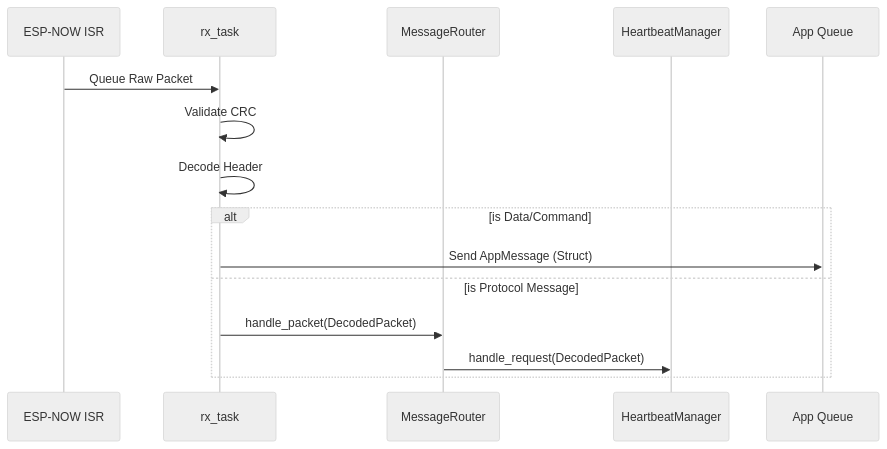
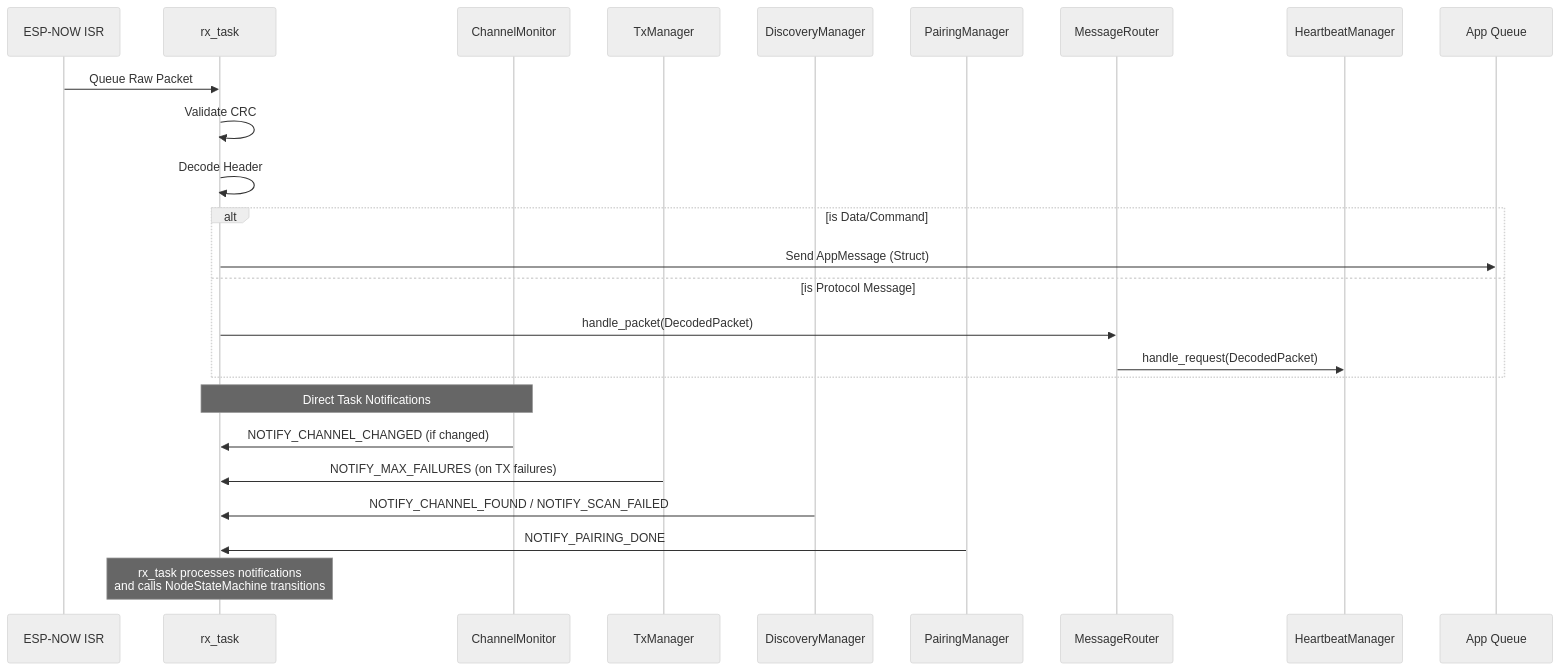
Before and after one commit to aluiziotomazelli/espnow_manager: the second of 4 diagrams in DESIGN.md, drawn with Mermaid (neutral theme). The commit also changed other lines of this file and 1 other file, not shown here.

First line of the commit message:
docs: document automatic WiFi channel (channel 0) for peers

````diff
--- a/DESIGN.md
+++ b/DESIGN.md
@@ -93,19 +176,31 @@
 ```mermaid
 sequenceDiagram
     participant ISR as ESP-NOW ISR
     participant RX as rx_task
+    participant CM as ChannelMonitor
+    participant TM as TxManager
+    participant DM as DiscoveryManager
+    participant PM as PairingManager
     participant MR as MessageRouter
     participant HM as HeartbeatManager
     participant App as App Queue
 
     ISR->>RX: Queue Raw Packet
     RX->>RX: Validate CRC
     RX->>RX: Decode Header
-    
+
     alt is Data/Command
         RX->>App: Send AppMessage (Struct)
     else is Protocol Message
         RX->>MR: handle_packet(DecodedPacket)
         MR->>HM: handle_request(DecodedPacket)
     end
+
+    Note over CM,RX: Direct Task Notifications
+    CM->>RX: NOTIFY_CHANNEL_CHANGED (if changed)
+    TM->>RX: NOTIFY_MAX_FAILURES (on TX failures)
+    DM->>RX: NOTIFY_CHANNEL_FOUND / NOTIFY_SCAN_FAILED
+    PM->>RX: NOTIFY_PAIRING_DONE
+    
+    Note over RX: rx_task processes notifications<br/>and calls NodeStateMachine transitions
 ```
````
